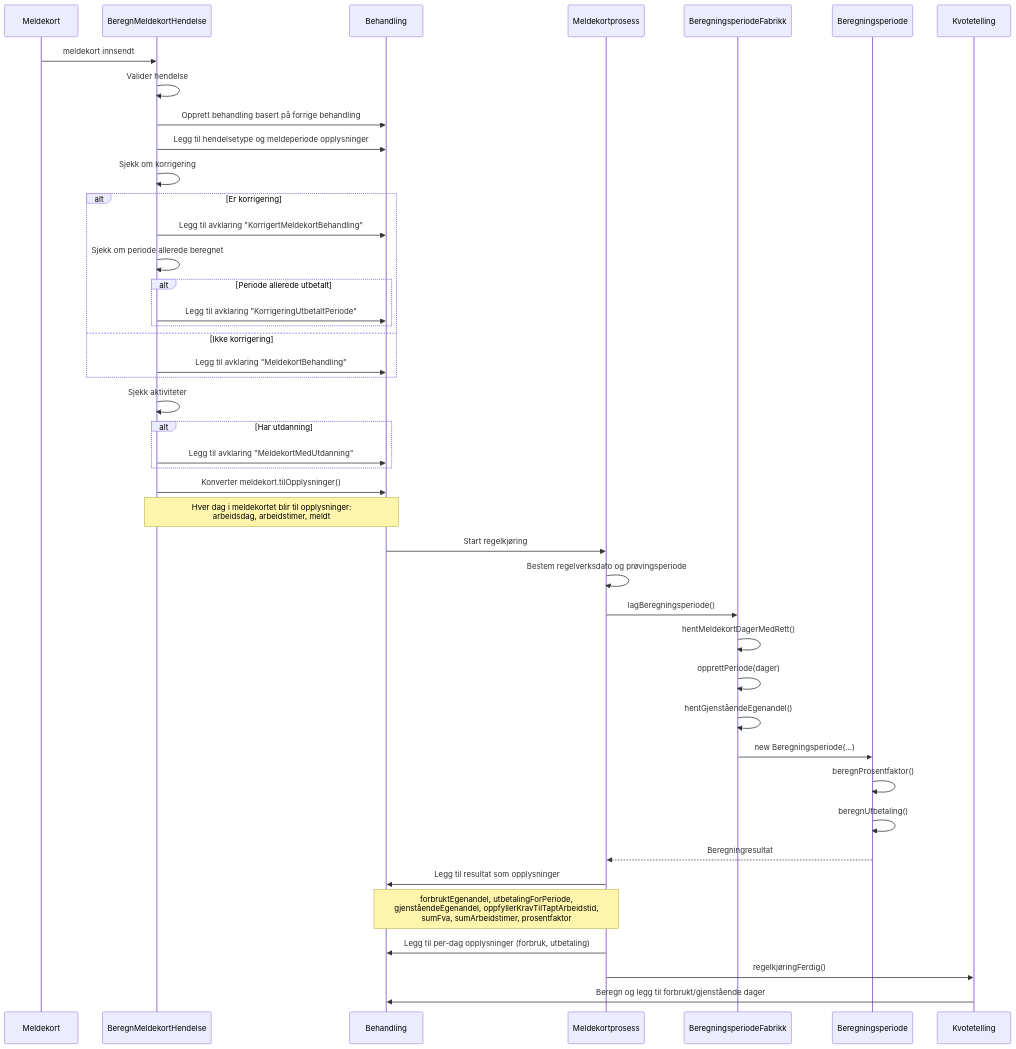
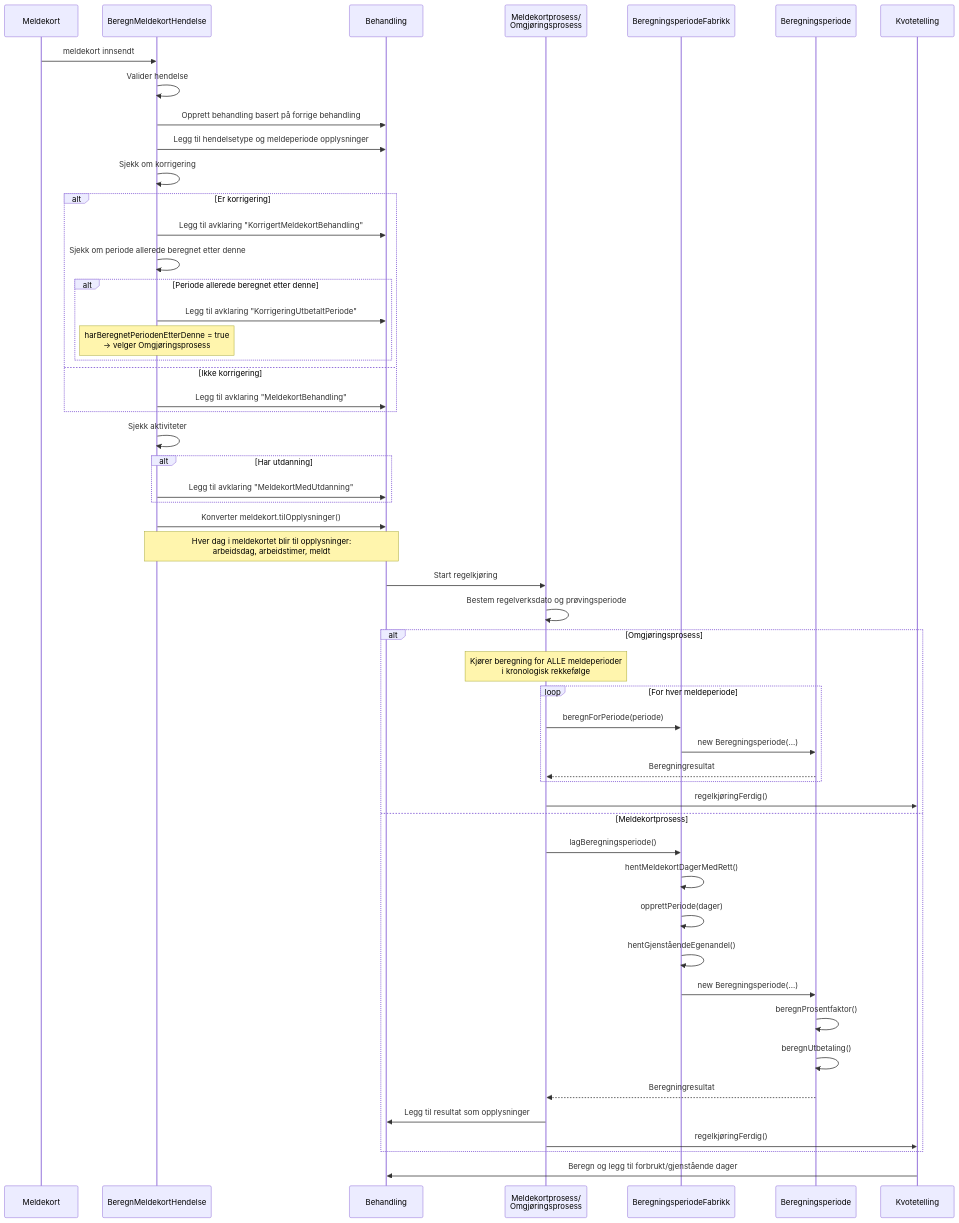
The second of 9 diagrams in docs/beregning-meldekort-flyt.md (navikt/dp-behandling), drawn with Mermaid before and after one commit. The commit also changed other lines of this file, not shown here.

Commit message:
Endret dokumentasjon på meldekortberegning etter å ha gått bort fra navnet "bøtter" til "satsgrupper"

````diff
--- a/docs/beregning-meldekort-flyt.md
+++ b/docs/beregning-meldekort-flyt.md
@@ -38,54 +47,61 @@
 ```mermaid
 sequenceDiagram
     participant MK as Meldekort
     participant BMH as BeregnMeldekortHendelse
     participant BEH as Behandling
-    participant MKP as Meldekortprosess
+    participant PROSESS as Meldekortprosess/<br/>Omgjøringsprosess
     participant BPF as BeregningsperiodeFabrikk
     participant BP as Beregningsperiode
     participant KT as Kvotetelling
     
     MK->>BMH: meldekort innsendt
     BMH->>BMH: Valider hendelse
     BMH->>BEH: Opprett behandling basert på forrige behandling
     BMH->>BEH: Legg til hendelsetype og meldeperiode opplysninger
     BMH->>BMH: Sjekk om korrigering
     
     alt Er korrigering
         BMH->>BEH: Legg til avklaring "KorrigertMeldekortBehandling"
-        BMH->>BMH: Sjekk om periode allerede beregnet
-        alt Periode allerede utbetalt
+        BMH->>BMH: Sjekk om periode allerede beregnet etter denne
+        alt Periode allerede beregnet etter denne
             BMH->>BEH: Legg til avklaring "KorrigeringUtbetaltPeriode"
+            Note over BMH: harBeregnetPeriodenEtterDenne = true<br/>→ velger Omgjøringsprosess
         end
     else Ikke korrigering
         BMH->>BEH: Legg til avklaring "MeldekortBehandling"
     end
     
     BMH->>BMH: Sjekk aktiviteter
     alt Har utdanning
         BMH->>BEH: Legg til avklaring "MeldekortMedUtdanning"
     end
     
     BMH->>BEH: Konverter meldekort.tilOpplysninger()
     Note over BMH,BEH: Hver dag i meldekortet blir til opplysninger:<br/>arbeidsdag, arbeidstimer, meldt
     
-    BEH->>MKP: Start regelkjøring
-    MKP->>MKP: Bestem regelverksdato og prøvingsperiode
-    MKP->>BPF: lagBeregningsperiode()
+    BEH->>PROSESS: Start regelkjøring
+    PROSESS->>PROSESS: Bestem regelverksdato og prøvingsperiode
     
-    BPF->>BPF: hentMeldekortDagerMedRett()
-    BPF->>BPF: opprettPeriode(dager)
-    BPF->>BPF: hentGjenståendeEgenandel()
-    BPF->>BP: new Beregningsperiode(...)
+    alt Omgjøringsprosess
+        Note over PROSESS: Kjører beregning for ALLE meldeperioder<br/>i kronologisk rekkefølge
+        loop For hver meldeperiode
+            PROSESS->>BPF: beregnForPeriode(periode)
+            BPF->>BP: new Beregningsperiode(...)
+            BP-->>PROSESS: Beregningresultat
+        end
+        PROSESS->>KT: regelkjøringFerdig()
+    else Meldekortprosess
+        PROSESS->>BPF: lagBeregningsperiode()
+        BPF->>BPF: hentMeldekortDagerMedRett()
+        BPF->>BPF: opprettPeriode(dager)
+        BPF->>BPF: hentGjenståendeEgenandel()
+        BPF->>BP: new Beregningsperiode(...)
+        BP->>BP: beregnProsentfaktor()
+        BP->>BP: beregnUtbetaling()
+        BP-->>PROSESS: Beregningresultat
+        PROSESS->>BEH: Legg til resultat som opplysninger
+        PROSESS->>KT: regelkjøringFerdig()
+    end
     
-    BP->>BP: beregnProsentfaktor()
-    BP->>BP: beregnUtbetaling()
-    BP-->>MKP: Beregningresultat
-    
-    MKP->>BEH: Legg til resultat som opplysninger
-    Note over MKP,BEH: forbruktEgenandel, utbetalingForPeriode,<br/>gjenståendeEgenandel, oppfyllerKravTilTaptArbeidstid,<br/>sumFva, sumArbeidstimer, prosentfaktor
-    
-    MKP->>BEH: Legg til per-dag opplysninger (forbruk, utbetaling)
-    MKP->>KT: regelkjøringFerdig()
     KT->>BEH: Beregn og legg til forbrukt/gjenstående dager
 ```
````
